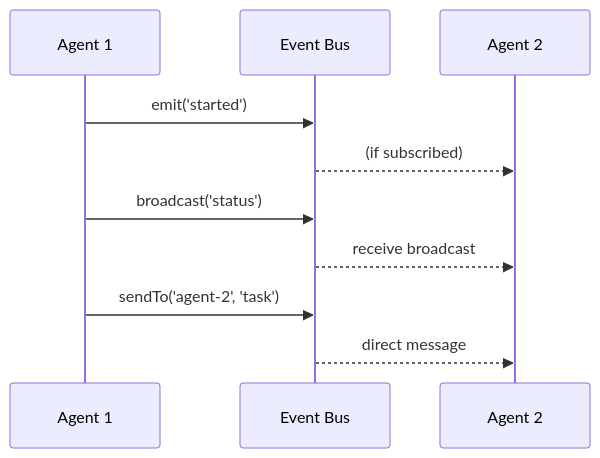
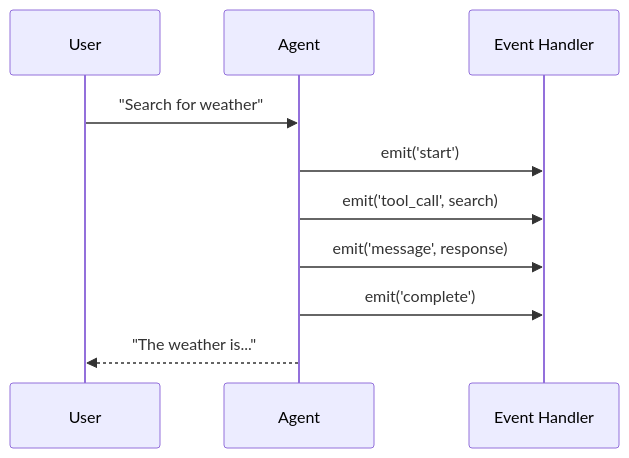
One commit to MervinPraison/PraisonAIDocs changed the second of 2 diagrams in docs/js/events.mdx. Above: the diagram before and after it, drawn with Mermaid. The commit also changed other lines of this file and 30 other files, not shown here.

````diff
--- a/docs/js/events.mdx
+++ b/docs/js/events.mdx
@@ -84,15 +66,13 @@
 ```mermaid
 sequenceDiagram
-    participant A1 as Agent 1
-    participant Bus as Event Bus
-    participant A2 as Agent 2
+    participant User
+    participant Agent
+    participant Handler as Event Handler
     
-    A1->>Bus: emit('started')
-    Bus-->>A2: (if subscribed)
-    
-    A1->>Bus: broadcast('status')
-    Bus-->>A2: receive broadcast
-    
-    A1->>Bus: sendTo('agent-2', 'task')
-    Bus-->>A2: direct message
+    User->>Agent: "Search for weather"
+    Agent->>Handler: emit('start')
+    Agent->>Handler: emit('tool_call', search)
+    Agent->>Handler: emit('message', response)
+    Agent->>Handler: emit('complete')
+    Agent-->>User: "The weather is..."
 ```
````
